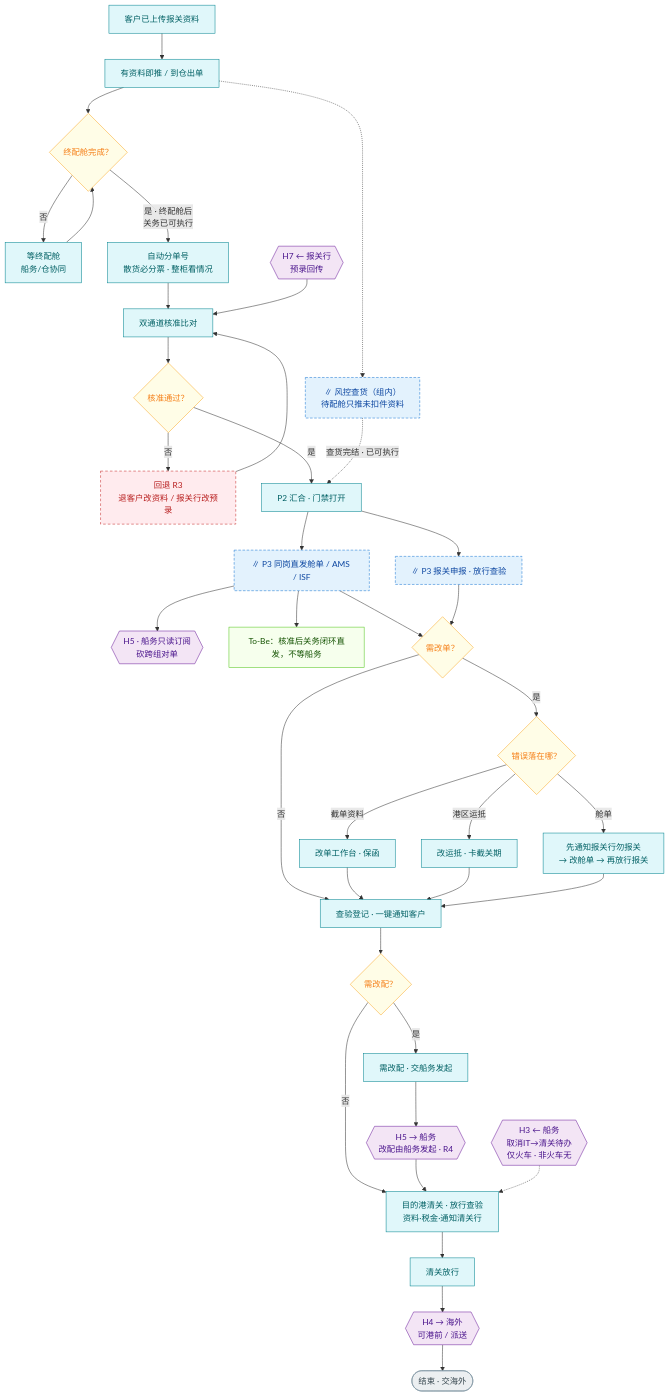
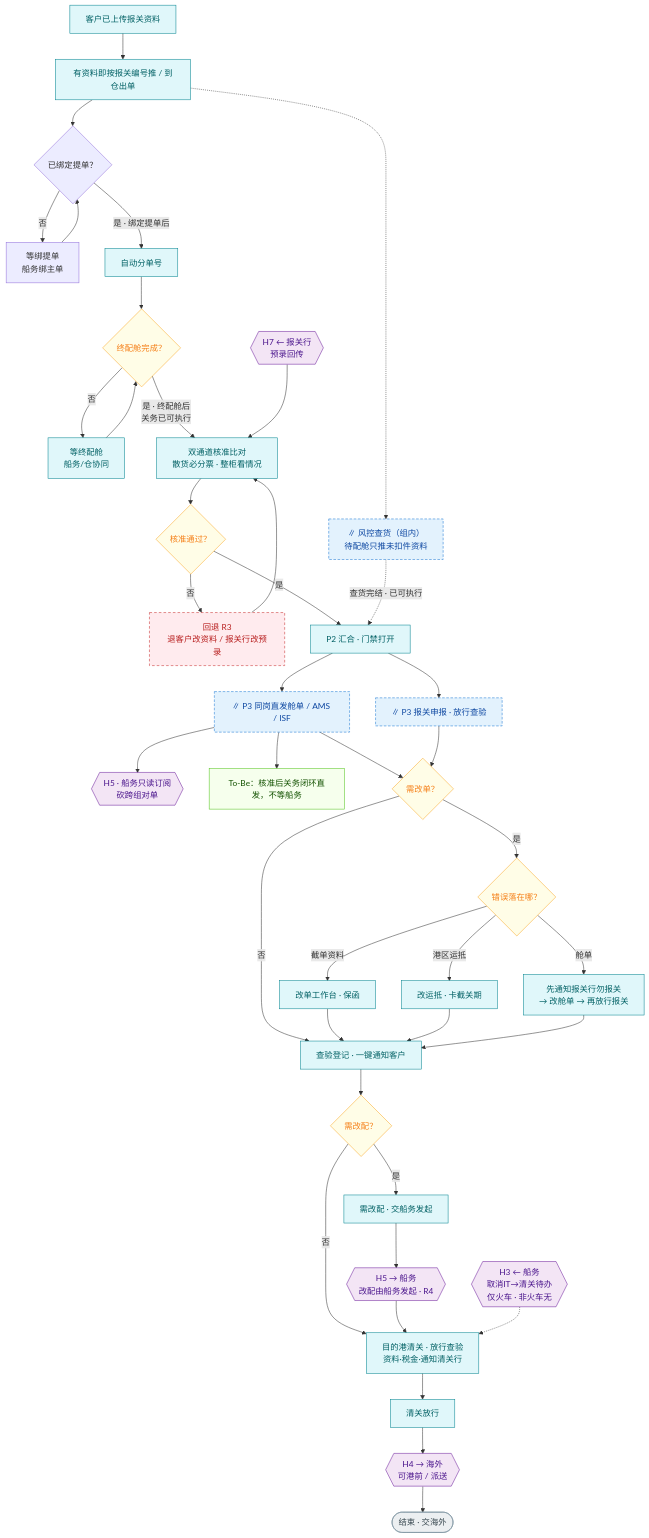
Before and after one commit to 271935452-lab/-: the diagram in 产品部门/关务组/G4-关务-组流程.mmd, drawn with Mermaid. The commit also changed 69 other files, not shown here.

```diff
--- a/产品部门/关务组/G4-关务-组流程.mmd
+++ b/产品部门/关务组/G4-关务-组流程.mmd
@@ -1,60 +1,63 @@
 %% 关务组 · 组流程图 · 全流程按组拆分
 %% 覆盖：S4 报关四切片 · S5 查验 · 目的港清关（关务分支）
 %% 交接：起点：客户已上传报关资料 · H7←报关行预录（核准时）· H5↔船务 · H3←船务 · H4→海外
 %% draw.io：排列 → 插入 → 高级 → Mermaid…
 
 flowchart TB
-  UP["客户已上传报关资料"] --> A["有资料即推 / 到仓出单"]
-  A --> GATE{"终配舱完成？"}
+  UP["客户已上传报关资料"] --> A["有资料即按报关编号推 / 到仓出单"]
+  A --> BIND{"已绑定提单？"}
+  BIND -->|否| WAITB["等绑提单<br/>船务绑主单"]
+  WAITB --> BIND
+  BIND -->|是 · 绑定提单后| B["自动分单号"]
+  B --> GATE{"终配舱完成？"}
   GATE -->|否| WAIT["等终配舱<br/>船务/仓协同"]
   WAIT --> GATE
   RISK["∥ 风控查货（组内）<br/>待配舱只推未扣件资料"]
   A -.-> RISK
-  GATE -->|是 · 终配舱后<br/>关务已可执行| B["自动分单号<br/>散货必分票 · 整柜看情况"]
-  B --> C["双通道核准比对"]
+  GATE -->|是 · 终配舱后<br/>关务已可执行| C["双通道核准比对<br/>散货必分票 · 整柜看情况"]
   H7{{"H7 ← 报关行<br/>预录回传"}} --> C
   C --> D{"核准通过？"}
   D -->|否| R3["回退 R3<br/>退客户改资料 / 报关行改预录"]
   R3 --> C
   D -->|是| JOIN["P2 汇合 · 门禁打开"]
   RISK -.->|查货完结 · 已可执行| JOIN
   JOIN --> P3A["∥ P3 同岗直发舱单 / AMS / ISF"]
   JOIN --> P3B["∥ P3 报关申报 · 放行查验"]
   H5{{"H5 · 船务只读订阅<br/>砍跨组对单"}}
   P3A --> H5
   FIX["To-Be：核准后关务闭环直发，不等船务"]
   P3A --> FIX
   P3A --> AMD{"需改单？"}
   P3B --> AMD
   AMD -->|否| INSP
   AMD -->|是| WHERE{"错误落在哪？"}
   WHERE -->|截单资料| AMD1["改单工作台 · 保函"]
   WHERE -->|港区运抵| AMD2["改运抵 · 卡截关期"]
   WHERE -->|舱单| AMD3["先通知报关行勿报关<br/>→ 改舱单 → 再放行报关"]
   AMD1 --> INSP
   AMD2 --> INSP
   AMD3 --> INSP
   INSP["查验登记 · 一键通知客户"] --> GAI{"需改配？"}
   GAI -->|否| CLR
   GAI -->|是| SC["需改配 · 交船务发起"]
   SC --> H5B{{"H5 → 船务<br/>改配由船务发起 · R4"}}
   H5B --> CLR
   H3{{"H3 ← 船务<br/>取消IT→清关待办<br/>仅火车 · 非火车无"}} -.-> CLR
   CLR["目的港清关 · 放行查验<br/>资料·税金·通知清关行"] --> OK["清关放行"]
   OK --> H4{{"H4 → 海外<br/>可港前 / 派送"}}
   H4 --> END(["结束 · 交海外"])
 
   classDef step fill:#E0F7FA,stroke:#00838F,color:#006064
   classDef dec fill:#FFFDE7,stroke:#F9A825,color:#F57F17
   classDef cross fill:#F3E5F5,stroke:#6A1B9A,color:#4A148C
   classDef back fill:#FFEBEE,stroke:#C62828,color:#B71C1C,stroke-dasharray: 5 4
   classDef para fill:#E3F2FD,stroke:#1976D2,color:#0D47A1,stroke-dasharray: 5 3
   classDef fix fill:#F6FFED,stroke:#52C41A,color:#135200
   classDef endn fill:#ECEFF1,stroke:#78909C,color:#37474F
   class UP,A,B,C,JOIN,INSP,SC,CLR,OK,AMD1,AMD2,AMD3,WAIT step
   class GATE,D,AMD,WHERE,GAI dec
   class H7,H5,H5B,H3,H4 cross
   class RISK,P3A,P3B para
   class R3 back
   class FIX fix
   class END endn
```
